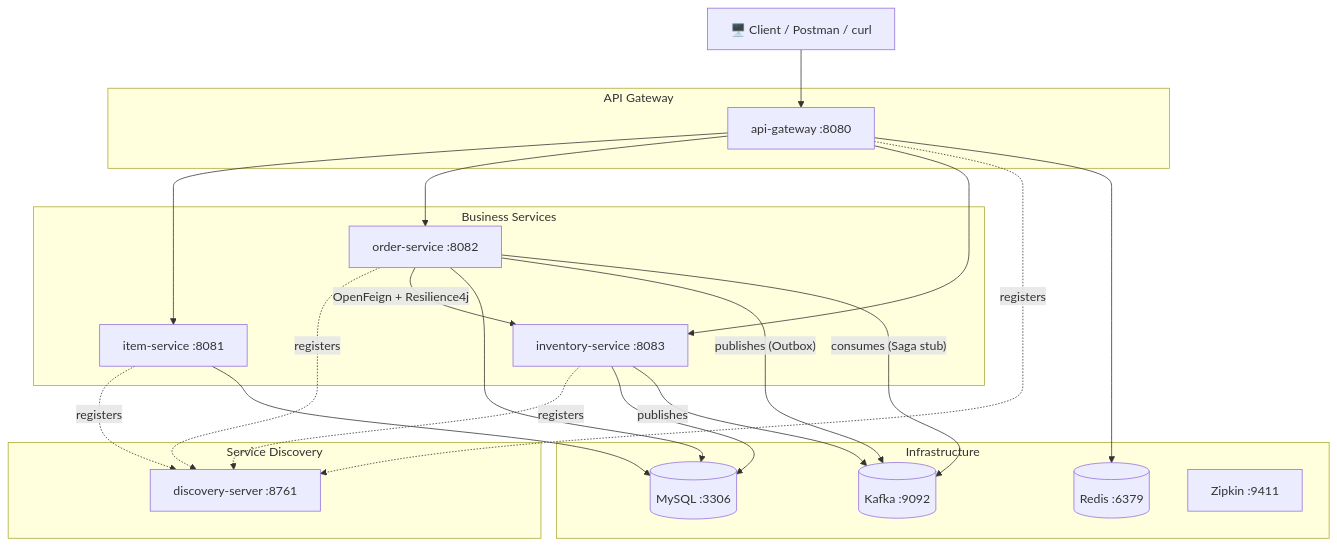
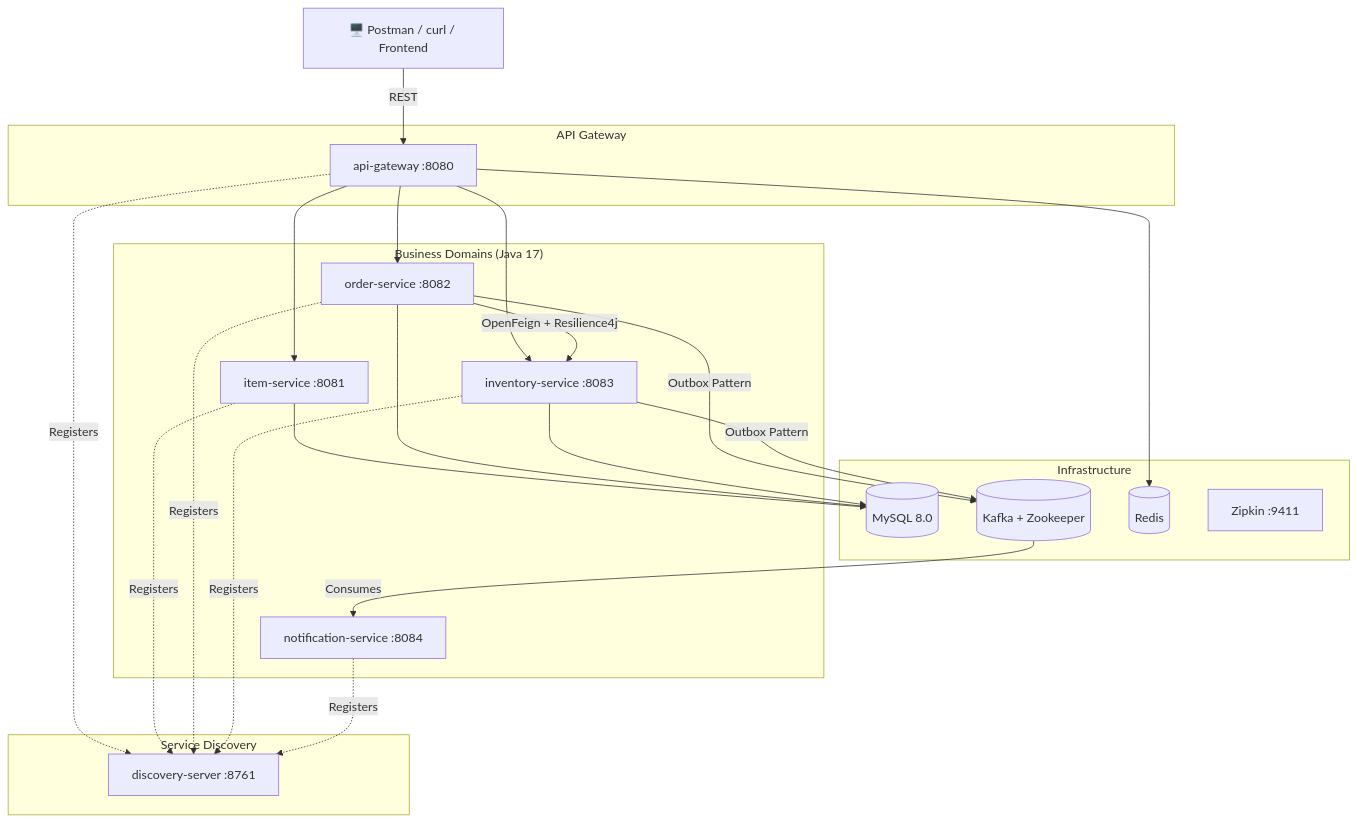
The diagram in README.md (byte2code/cnkart), drawn with Mermaid before and after one commit. The commit also changed other lines of this file and 2 other files, not shown here.

Commit message:
docs: revamp README and update docker-compose with notification-service

````diff
--- a/README.md
+++ b/README.md
@@ -113,46 +26,49 @@
 ```mermaid
 flowchart TB
-    Client["🖥️ Client / Postman / curl"]
+    Client["🖥️ Postman / curl / Frontend"]
 
     subgraph Discovery["Service Discovery"]
         Eureka["discovery-server :8761"]
     end
 
     subgraph Gateway["API Gateway"]
         APIGateway["api-gateway :8080"]
     end
 
-    subgraph Services["Business Services"]
+    subgraph Services["Business Domains (Java 17)"]
         Item["item-service :8081"]
         Order["order-service :8082"]
         Inventory["inventory-service :8083"]
+        Notification["notification-service :8084"]
     end
 
     subgraph Infra["Infrastructure"]
-        MySQL[("MySQL :3306")]
-        Kafka[("Kafka :9092")]
-        Redis[("Redis :6379")]
+        MySQL[("MySQL 8.0")]
+        Kafka[("Kafka + Zookeeper")]
+        Redis[("Redis")]
         Zipkin["Zipkin :9411"]
     end
 
-    Client --> APIGateway
+    Client -->|REST| APIGateway
     APIGateway --> Item
     APIGateway --> Order
     APIGateway --> Inventory
 
-    APIGateway -.->|registers| Eureka
-    Item -.->|registers| Eureka
-    Order -.->|registers| Eureka
-    Inventory -.->|registers| Eureka
+    APIGateway -.->|Registers| Eureka
+    Item -.->|Registers| Eureka
+    Order -.->|Registers| Eureka
+    Inventory -.->|Registers| Eureka
+    Notification -.->|Registers| Eureka
 
     Order -->|"OpenFeign + Resilience4j"| Inventory
 
     Item --> MySQL
     Order --> MySQL
     Inventory --> MySQL
     APIGateway --> Redis
 
-    Order -->|"publishes (Outbox)"| Kafka
-    Inventory -->|publishes| Kafka
-    Order -->|"consumes (Saga stub)"| Kafka
+    Order -->|"Outbox Pattern"| Kafka
+    Inventory -->|"Outbox Pattern"| Kafka
+    
+    Kafka -->|"Consumes"| Notification
 ```
````
